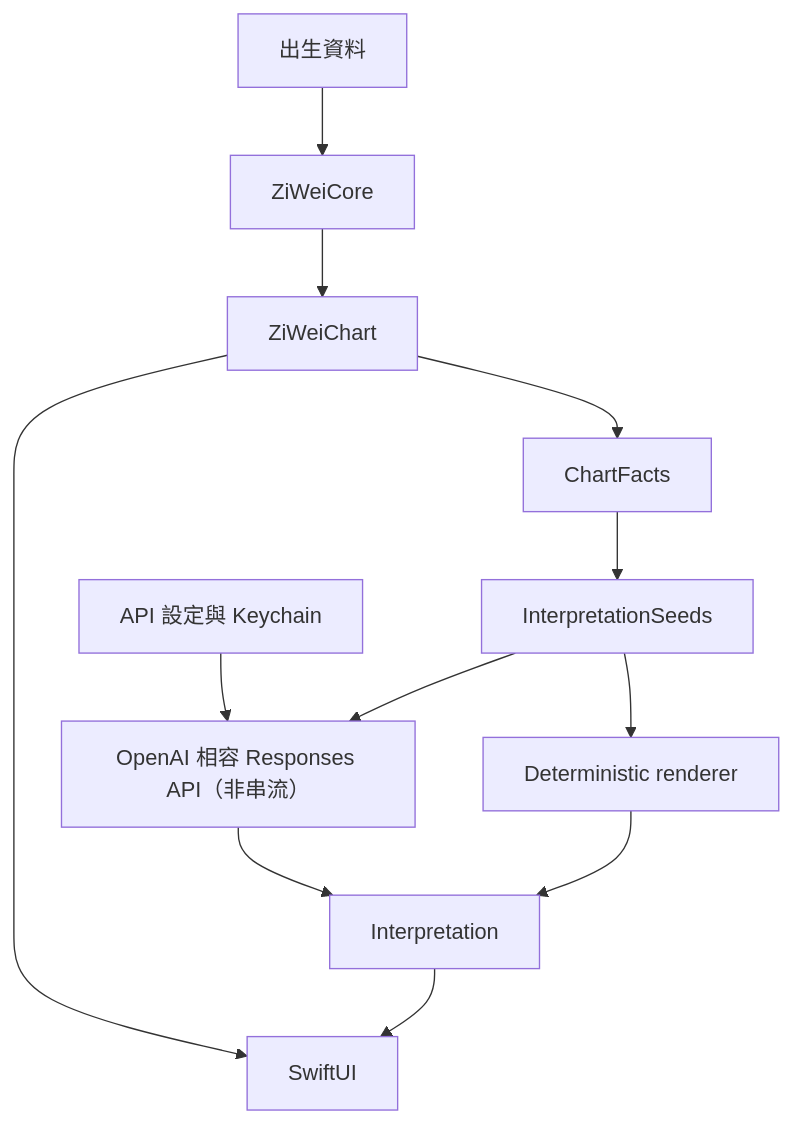
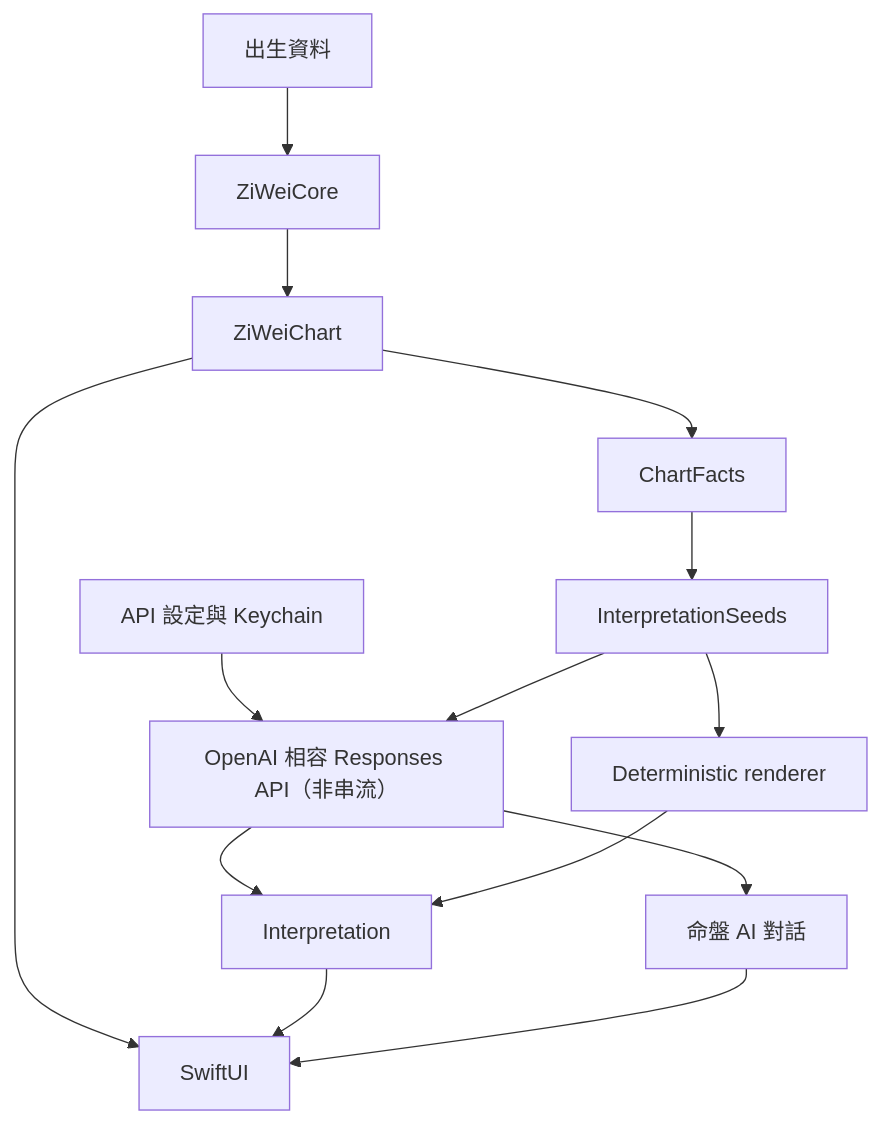
One commit to narumiruna/mighty-zi-wei changed the first of 5 diagrams in PRODUCT.md. Above: the diagram before and after it, drawn with Mermaid. The commit also changed other lines of this file and 18 other files, not shown here.

Commit message:
feat(ai): add chart conversation assistant

````diff
--- a/PRODUCT.md
+++ b/PRODUCT.md
@@ -57,26 +57,28 @@
 ```mermaid
 flowchart TD
     Input["出生資料"]
     Core["ZiWeiCore"]
     Chart["ZiWeiChart"]
     Facts["ChartFacts"]
     Seeds["InterpretationSeeds"]
     Settings["API 設定與 Keychain"]
     AI["OpenAI 相容 Responses API（非串流）"]
     Fallback["Deterministic renderer"]
     Result["Interpretation"]
     UI["SwiftUI"]
 
     Input --> Core
     Core --> Chart
     Chart --> Facts
     Facts --> Seeds
 
     Chart --> UI
     Settings --> AI
     Seeds --> AI
     Seeds --> Fallback
     AI --> Result
+    AI --> Conversation["命盤 AI 對話"]
     Fallback --> Result
     Result --> UI
+    Conversation --> UI
 ```
````
